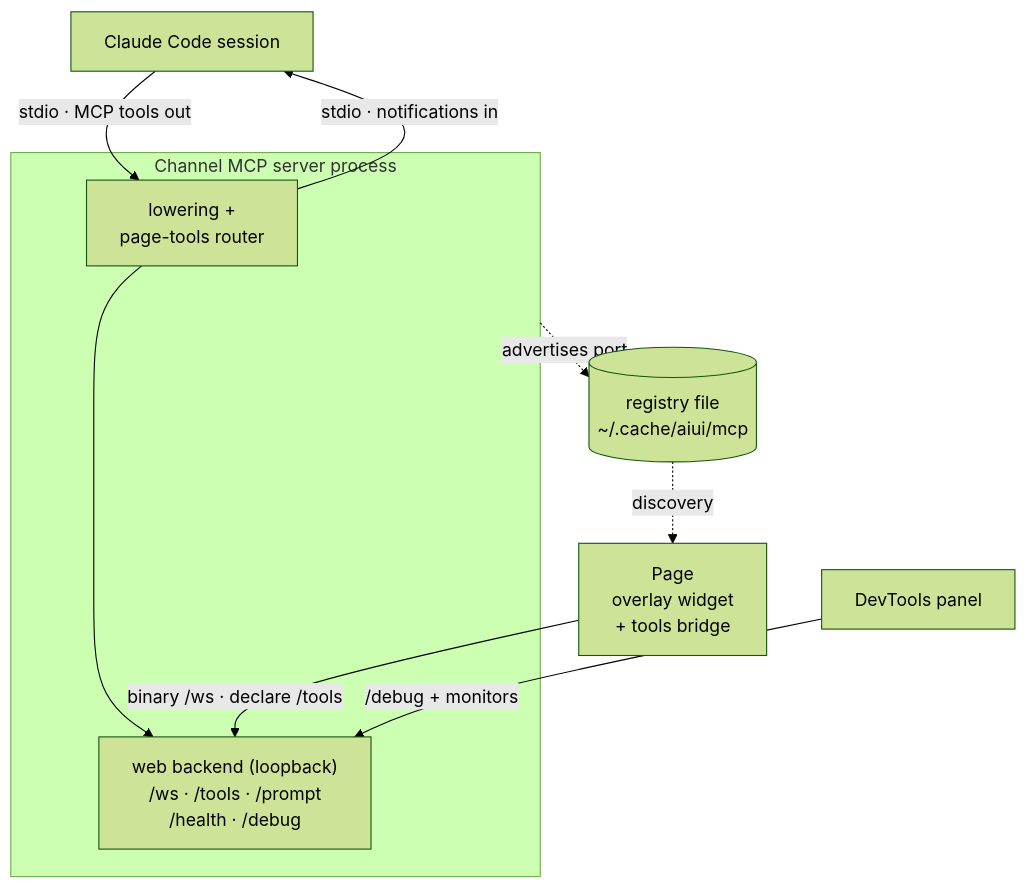
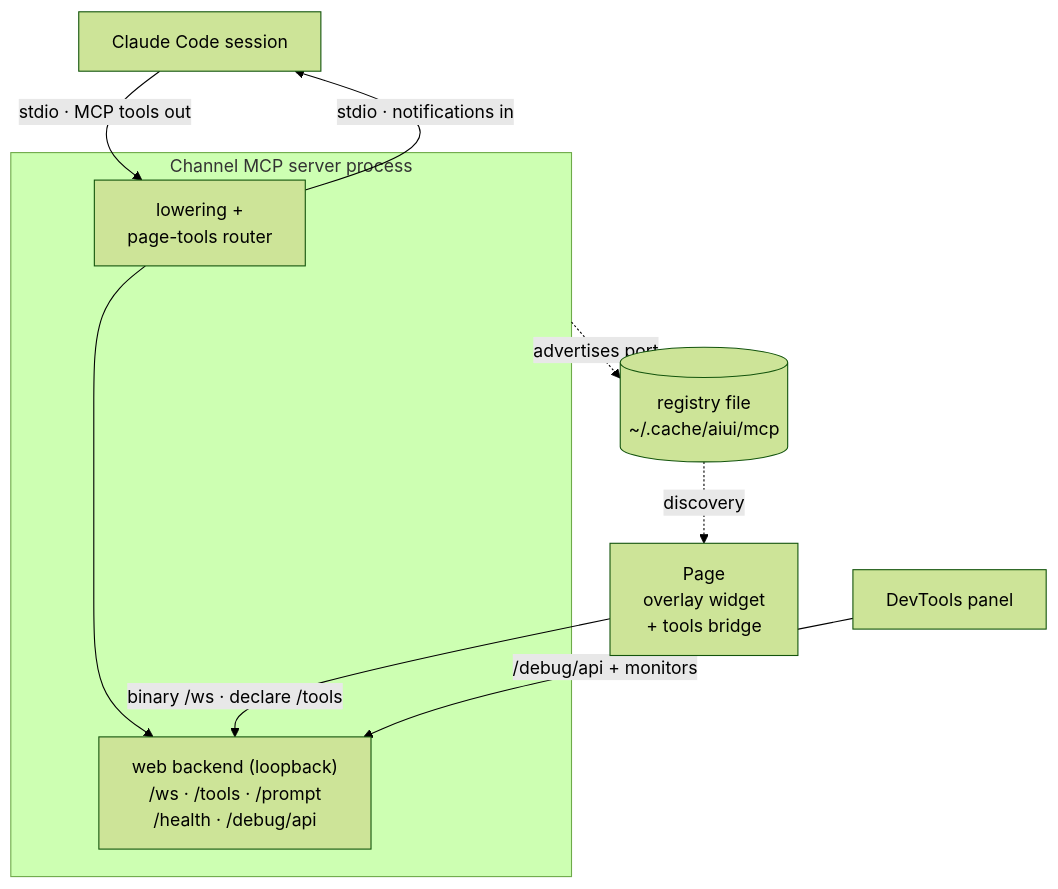
Before and after one commit to habemus-papadum/pdum_aiui: the diagram in docs/guide/channel.md, drawn with Mermaid (forest theme). The commit also changed other lines of this file and 18 other files, not shown here.

````diff
--- a/docs/guide/channel.md
+++ b/docs/guide/channel.md
@@ -33,19 +33,19 @@
 ```mermaid
 flowchart TB
   session["Claude Code session"]
   subgraph proc["Channel MCP server process"]
     core["lowering +<br/>page-tools router"]
-    surfaces["web backend (loopback)<br/>/ws · /tools · /prompt<br/>/health · /debug"]
+    surfaces["web backend (loopback)<br/>/ws · /tools · /prompt<br/>/health · /debug/api"]
     core --> surfaces
   end
   page["Page<br/>overlay widget<br/>+ tools bridge"]
   panel["DevTools panel"]
   registry[("registry file<br/>~/.cache/aiui/mcp")]
 
   session -->|"stdio · MCP tools out"| core
   core -->|"stdio · notifications in"| session
   page -->|"binary /ws · declare /tools"| surfaces
-  panel -->|"/debug + monitors"| surfaces
+  panel -->|"/debug/api + monitors"| surfaces
   proc -.->|"advertises port"| registry
   registry -.->|"discovery"| page
 ```
````
